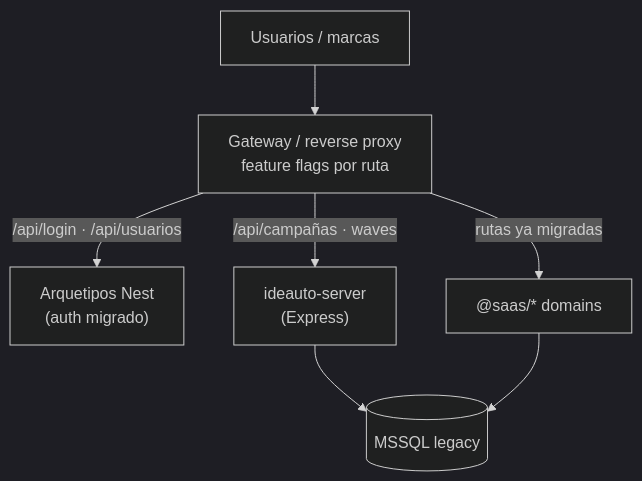
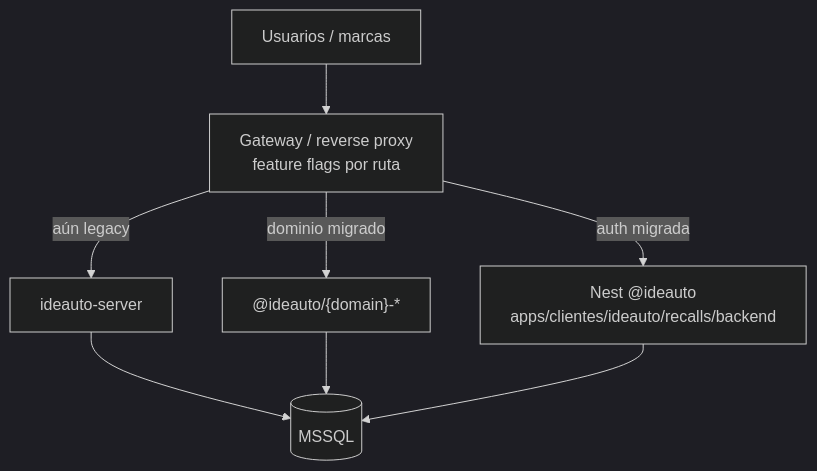
Before and after one commit to angelnietos/babooni-docs: the diagram in plans/rounds/plans-84-eighty-four-round/1764000021000-f84-migration-strategy.md, drawn with Mermaid (dark theme). The commit also changed other lines of this file and 21 other files, not shown here.

First line of the commit message:
docs(f84): place Recalls under clientes/ideauto, not SaaS

````diff
--- a/plans/rounds/plans-84-eighty-four-round/1764000021000-f84-migration-strategy.md
+++ b/plans/rounds/plans-84-eighty-four-round/1764000021000-f84-migration-strategy.md
@@ -42,9 +35,10 @@
 ```mermaid
 flowchart TB
   User["Usuarios / marcas"] --> Proxy["Gateway / reverse proxy\nfeature flags por ruta"]
-  Proxy -->|"/api/login · /api/usuarios"| NewAuth["Arquetipos Nest\n(auth migrado)"]
-  Proxy -->|"/api/campañas · waves"| Legacy["ideauto-server\n(Express)"]
-  Proxy -->|"rutas ya migradas"| NewDom["@saas/* domains"]
-  Legacy --> MSSQL[(MSSQL legacy)]
+  Proxy -->|"auth migrada"| NewAuth["Nest @ideauto\napps/clientes/ideauto/recalls/backend"]
+  Proxy -->|"aún legacy"| Legacy["ideauto-server"]
+  Proxy -->|"dominio migrado"| NewDom["@ideauto/{domain}-*"]
+  Legacy --> MSSQL[(MSSQL)]
   NewDom --> MSSQL
+  NewAuth --> MSSQL
 ```
````
